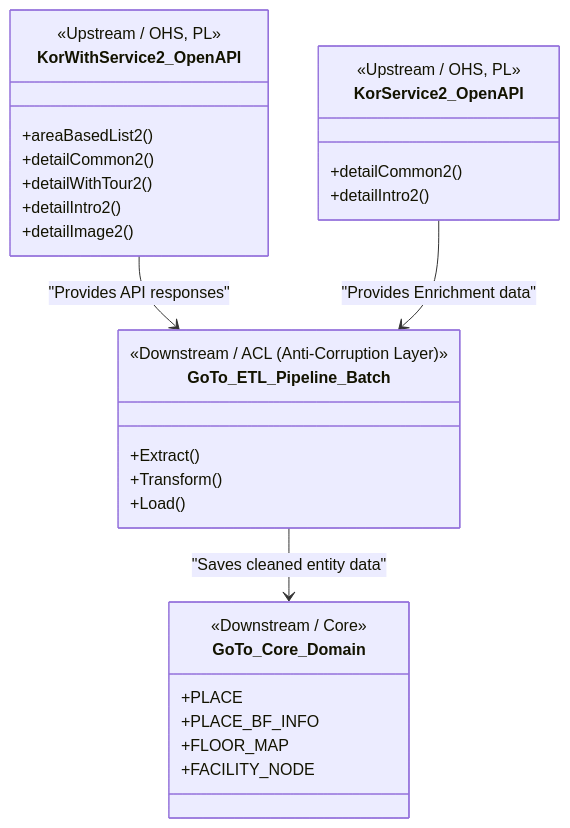
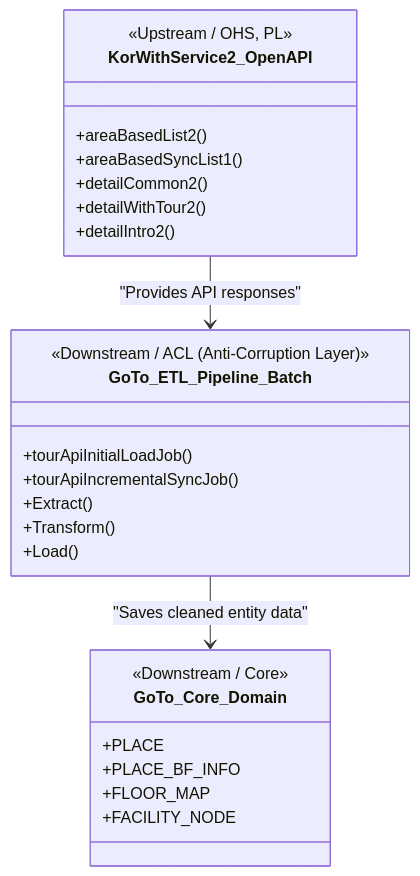
One commit to Beyond-Imagination/goto-be changed the first of 2 diagrams in docs/context_map.md. Above: the diagram before and after it, drawn with Mermaid. The commit also changed other lines of this file and 2 other files, not shown here.

First line of the commit message:
docs(batch): 초기 적재 오케스트레이션 기준으로 ETL 문서 정합성 갱신

````diff
--- a/docs/context_map.md
+++ b/docs/context_map.md
@@ -51,33 +54,29 @@
 ```mermaid
 classDiagram
     class KorWithService2_OpenAPI {
         <<Upstream / OHS, PL>>
         +areaBasedList2()
+        +areaBasedSyncList1()
         +detailCommon2()
         +detailWithTour2()
-        +detailIntro2()
-        +detailImage2()
-    }
-    class KorService2_OpenAPI {
-        <<Upstream / OHS, PL>>
-        +detailCommon2()
         +detailIntro2()
     }
     class GoTo_ETL_Pipeline_Batch {
         <<Downstream / ACL (Anti-Corruption Layer)>>
+        +tourApiInitialLoadJob()
+        +tourApiIncrementalSyncJob()
         +Extract()
         +Transform()
         +Load()
     }
     class GoTo_Core_Domain {
         <<Downstream / Core>>
         +PLACE
         +PLACE_BF_INFO
         +FLOOR_MAP
         +FACILITY_NODE
     }
 
     KorWithService2_OpenAPI --> GoTo_ETL_Pipeline_Batch : "Provides API responses"
-    KorService2_OpenAPI --> GoTo_ETL_Pipeline_Batch : "Provides Enrichment data"
     GoTo_ETL_Pipeline_Batch --> GoTo_Core_Domain : "Saves cleaned entity data"
 ```
````
